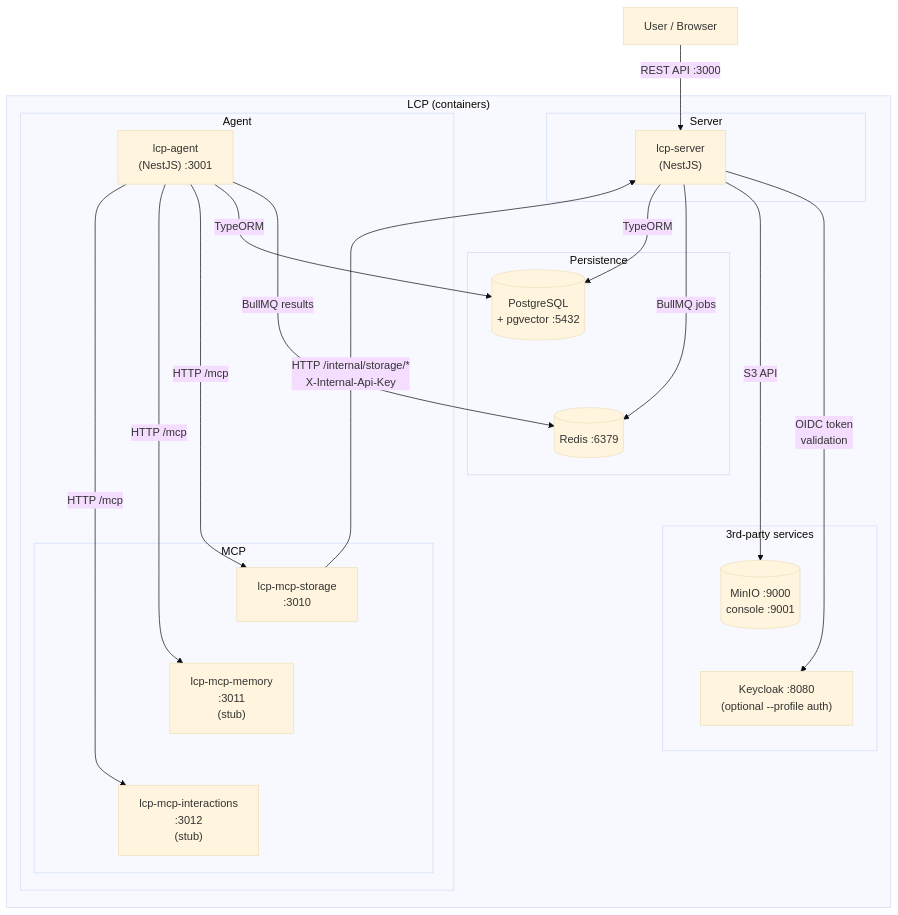
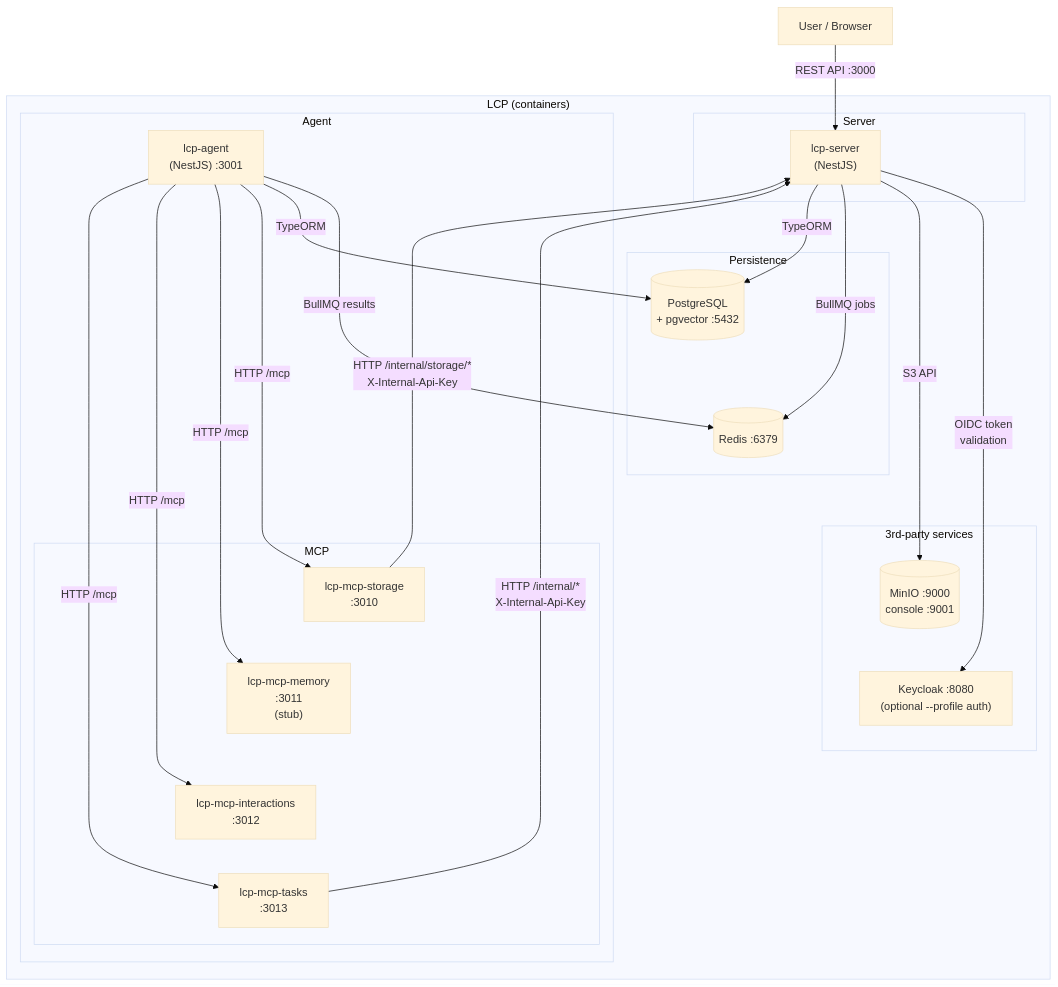
Before and after one commit to instantiator/tcp-server: the second of 4 diagrams in README.md, drawn with Mermaid (base theme). The commit also changed other lines of this file and 68 other files, not shown here.

Commit message:
010.2.5 - lcp-mcp-tasks

````diff
--- a/README.md
+++ b/README.md
@@ -106,49 +107,52 @@
 ```mermaid
 flowchart TD
   User["User / Browser"]
   LcpServer["lcp-server\n(NestJS)"]
   LcpAgent["lcp-agent\n(NestJS) :3001"]
   Redis[(Redis :6379)]
   Keycloak["Keycloak :8080\n(optional --profile auth)"]
   Postgres[(PostgreSQL\n+ pgvector :5432)]
   MinIO[(MinIO :9000\nconsole :9001)]
   McpStorage["lcp-mcp-storage\n:3010"]
   McpMemory["lcp-mcp-memory\n:3011\n(stub)"]
-  McpInteract["lcp-mcp-interactions\n:3012\n(stub)"]
+  McpInteract["lcp-mcp-interactions\n:3012"]
+  McpTasks["lcp-mcp-tasks\n:3013"]
 
   subgraph LCP["LCP (containers)"]
       Server ~~~ Dbs ~~~ Agent ~~~ ThirdParty
   end
 
   subgraph Server["Server"]
       LcpServer
   end
 
   subgraph Dbs["Persistence"]
       Postgres ~~~ Redis
   end
 
 
   subgraph Agent["Agent"]
       LcpAgent
       subgraph MCP
-        McpStorage ~~~ McpMemory ~~~ McpInteract
+        McpStorage ~~~ McpMemory ~~~ McpInteract ~~~ McpTasks
       end
   end
 
   subgraph ThirdParty["3rd-party services"]
       MinIO ~~~ Keycloak
   end
 
   User -->|REST API :3000| LcpServer
   LcpServer -->|OIDC token\nvalidation| Keycloak
   LcpServer -->|S3 API| MinIO
   LcpServer -->|BullMQ jobs| Redis
   LcpAgent -->|BullMQ results| Redis
   LcpServer -->|TypeORM| Postgres
   LcpAgent -->|TypeORM| Postgres
   LcpAgent -->|HTTP /mcp| McpStorage
   LcpAgent -->|HTTP /mcp| McpMemory
   LcpAgent -->|HTTP /mcp| McpInteract
+  LcpAgent -->|HTTP /mcp| McpTasks
   McpStorage -->|HTTP /internal/storage/*\nX-Internal-Api-Key| LcpServer
+  McpTasks -->|HTTP /internal/*\nX-Internal-Api-Key| LcpServer
 ```
````
